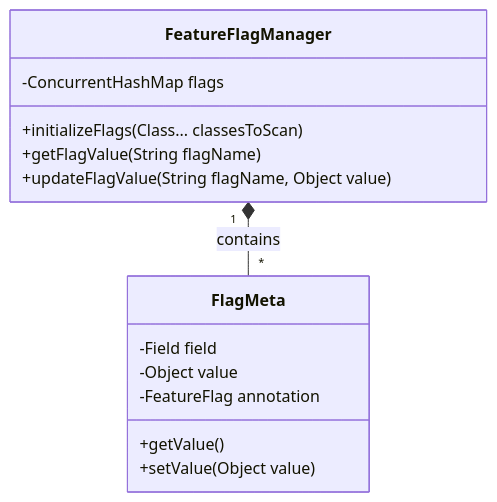
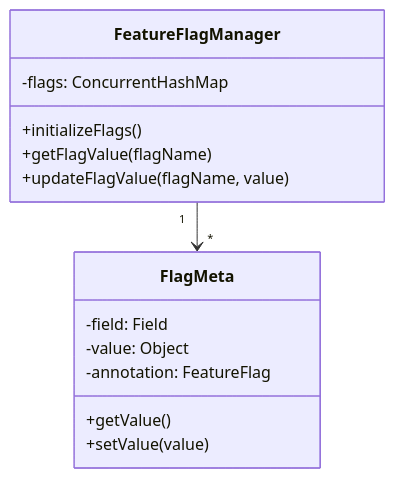
The fifth of 7 diagrams in _posts/2025-03-15-feature-flag-system.md (yeokyeong-yoon/yeokyeong-yoon.github.io), drawn with Mermaid before and after one commit. The commit also changed other lines of this file, not shown here.

Commit message:
docs: fix mermaid diagram rendering issues in feature flag system doc - simplify syntax, improve styling and readability

````diff
--- a/_posts/2025-03-15-feature-flag-system.md
+++ b/_posts/2025-03-15-feature-flag-system.md
@@ -715,19 +728,19 @@
 ```mermaid
 classDiagram
     class FeatureFlagManager {
-        -ConcurrentHashMap<String, FlagMeta> flags
-        +initializeFlags(Class<?>... classesToScan)
-        +getFlagValue(String flagName)
-        +updateFlagValue(String flagName, Object value)
+        -flags: ConcurrentHashMap
+        +initializeFlags()
+        +getFlagValue(flagName)
+        +updateFlagValue(flagName, value)
     }
     
     class FlagMeta {
-        -Field field
-        -Object value
-        -FeatureFlag annotation
+        -field: Field
+        -value: Object
+        -annotation: FeatureFlag
         +getValue()
-        +setValue(Object value)
+        +setValue(value)
     }
     
-    FeatureFlagManager "1" *-- "*" FlagMeta : contains
+    FeatureFlagManager "1" --> "*" FlagMeta
 ```
````
